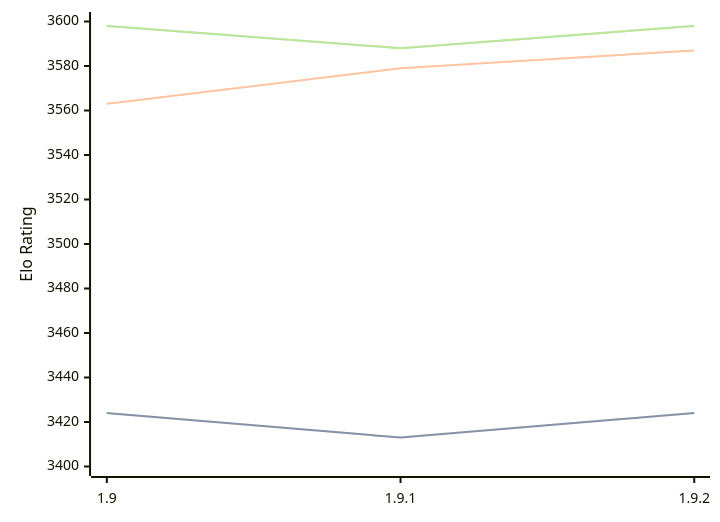
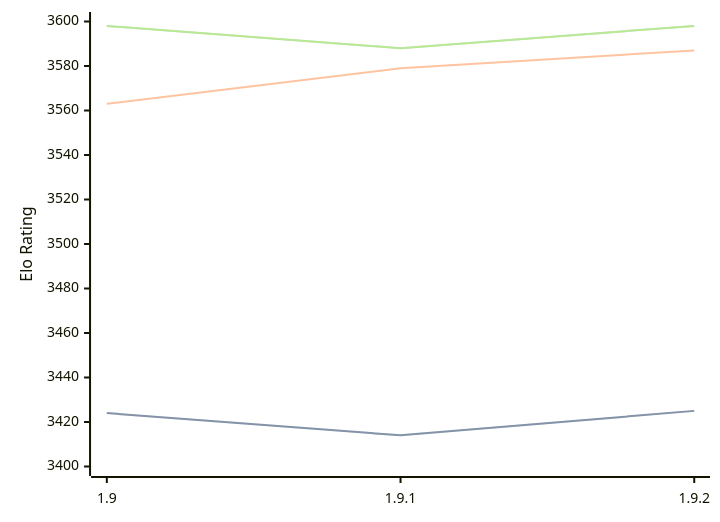
Before and after one commit to computer-chess-index/cci: the diagram in engines/Pawnocchio.md, drawn with Mermaid. The commit also changed other lines of this file, not shown here.

````diff
--- a/engines/Pawnocchio.md
+++ b/engines/Pawnocchio.md
@@ -48,11 +48,11 @@
 ```mermaid
 %%{init: {"theme":"base","themeVariables":{"seriesColors:['#a3a3a3','#222221','#faa371']}}}%%
 xychart-beta
   x-axis ["1.9", "1.9.1", "1.9.2"]
   y-axis "Elo Rating" 3400 --> 3600
-  line "STC (8.0+0.08s)" [3424, 3413, 3424]
-  line "STC (8.0+0.08s)" [3424, 3413, 3424]
+  line "STC (8.0+0.08s)" [3424, 3414, 3425]
+  line "STC (8.0+0.08s)" [3424, 3414, 3425]
   line "LTC (60.0+0.60s)" [3563, 3579, 3587]
   line "VLTC (2m24s+1.12s)" [3598, 3588, 3598]
   line "VLTC (2m24s+1.12s)" [3598, 3588, 3598]
 ```
````
